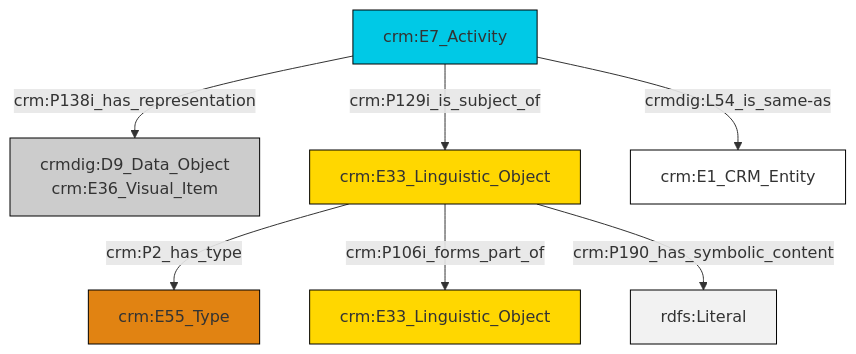
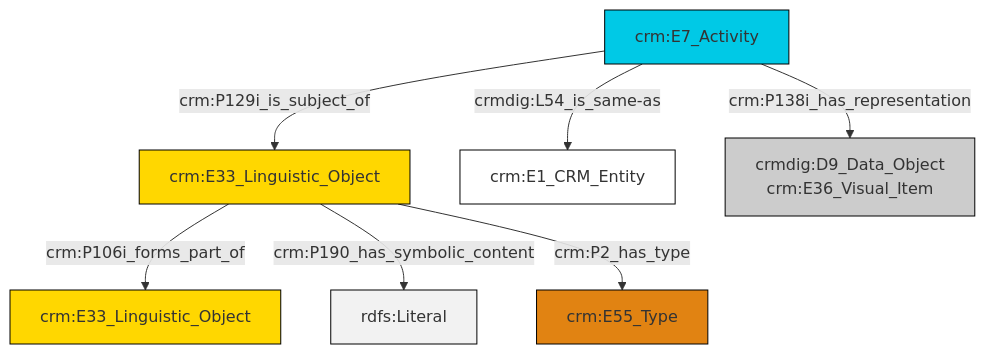
The diagram in et/eventCSV/ttl/mmd/event_documentation.ttl.mmd (swiss-art-research-net/reference-data-models), drawn with Mermaid before and after one commit. The commit also changed 128 other files, not shown here.

```diff
--- a/et/eventCSV/ttl/mmd/event_documentation.ttl.mmd
+++ b/et/eventCSV/ttl/mmd/event_documentation.ttl.mmd
@@ -1,21 +1,21 @@
 graph TD
 classDef Literal fill:#f2f2f2,stroke:#000000;
 classDef CRM_Entity fill:#FFFFFF,stroke:#000000;
 classDef Temporal_Entity fill:#00C9E6, stroke:#000000;
 classDef Type fill:#E18312, stroke:#000000;
 classDef Time-Span fill:#2C9C91, stroke:#000000;
 classDef Appellation fill:#FFEB7F, stroke:#000000;
 classDef Place fill:#008836, stroke:#000000;
 classDef Persistent_Item fill:#B266B2, stroke:#000000;
 classDef Conceptual_Object fill:#FFD700, stroke:#000000;
 classDef Physical_Thing fill:#D2B48C, stroke:#000000;
 classDef Actor fill:#f58aad, stroke:#000000;
 classDef PC_Classes fill:#4ce600, stroke:#000000;
 classDef Multi fill:#cccccc,stroke:#000000;
 
-2["crm:E7_Activity"]:::Temporal_Entity -->|crm:P138i_has_representation| 0["crmdig:D9_Data_Object<br>crm:E36_Visual_Item"]:::Multi
-8["crm:E33_Linguistic_Object"]:::Conceptual_Object -->|crm:P2_has_type| 4["crm:E55_Type"]:::Type
-2["crm:E7_Activity"]:::Temporal_Entity -->|crmdig:L54_is_same-as| 9["crm:E1_CRM_Entity"]:::CRM_Entity
-2["crm:E7_Activity"]:::Temporal_Entity -->|crm:P129i_is_subject_of| 8["crm:E33_Linguistic_Object"]:::Conceptual_Object
-8["crm:E33_Linguistic_Object"]:::Conceptual_Object -->|crm:P106i_forms_part_of| 6["crm:E33_Linguistic_Object"]:::Conceptual_Object
-8["crm:E33_Linguistic_Object"]:::Conceptual_Object -->|crm:P190_has_symbolic_content| 12[rdfs:Literal]:::Literal
+0["crm:E33_Linguistic_Object"]:::Conceptual_Object -->|crm:P106i_forms_part_of| 1["crm:E33_Linguistic_Object"]:::Conceptual_Object
+0["crm:E33_Linguistic_Object"]:::Conceptual_Object -->|crm:P190_has_symbolic_content| 5[rdfs:Literal]:::Literal
+0["crm:E33_Linguistic_Object"]:::Conceptual_Object -->|crm:P2_has_type| 6["crm:E55_Type"]:::Type
+11["crm:E7_Activity"]:::Temporal_Entity -->|crm:P129i_is_subject_of| 0["crm:E33_Linguistic_Object"]:::Conceptual_Object
+11["crm:E7_Activity"]:::Temporal_Entity -->|crmdig:L54_is_same-as| 3["crm:E1_CRM_Entity"]:::CRM_Entity
+11["crm:E7_Activity"]:::Temporal_Entity -->|crm:P138i_has_representation| 9["crmdig:D9_Data_Object<br>crm:E36_Visual_Item"]:::Multi
```
